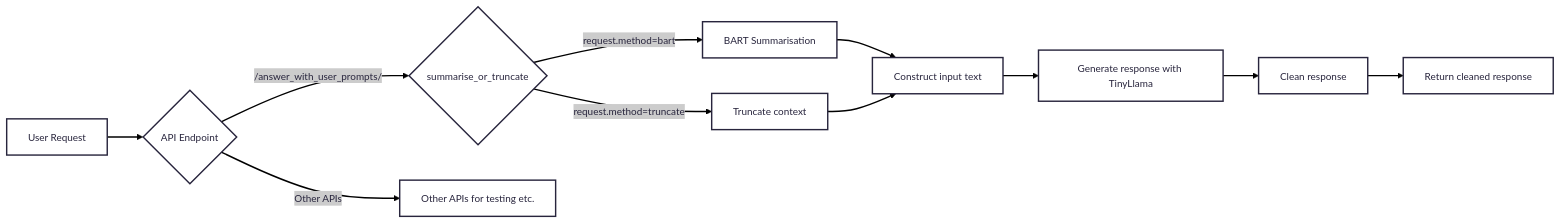
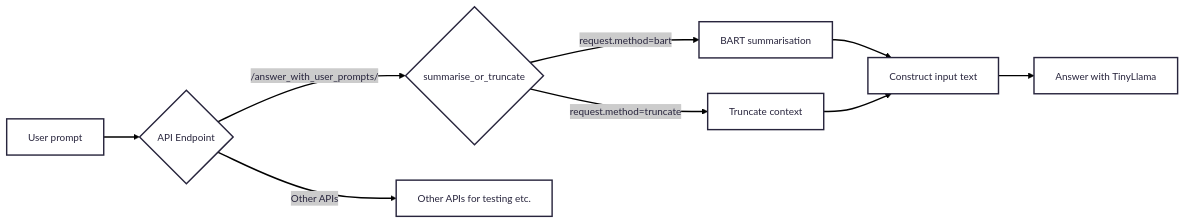
The first of 2 diagrams in README.md (EMarc2023/zero-shot-rag-llm), drawn with Mermaid before and after one commit.

````diff
--- a/README.md
+++ b/README.md
@@ -66,19 +66,17 @@
 ```mermaid
 ---
 config:
       theme: redux
 ---
 graph LR
-    A[User Request] --> B{API Endpoint};
+    A[User prompt] --> B{API Endpoint};
 
     B -- /answer_with_user_prompts/ --> Y{summarise_or_truncate};
-    Y -- request.method=bart --> Z[BART Summarisation];
+    Y -- request.method=bart --> Z[BART summarisation];
     Y -- request.method=truncate --> AA[Truncate context];
     Z --> AB[Construct input text];
     AA --> AB;
-    AB --> AC[Generate response with TinyLlama];
-    AC --> AD[Clean response];
-    AD --> AE[Return cleaned response];
+    AB --> AC[Answer with TinyLlama];
 
 B -- Other APIs --> AF[Other APIs for testing etc.];
 ```
````
